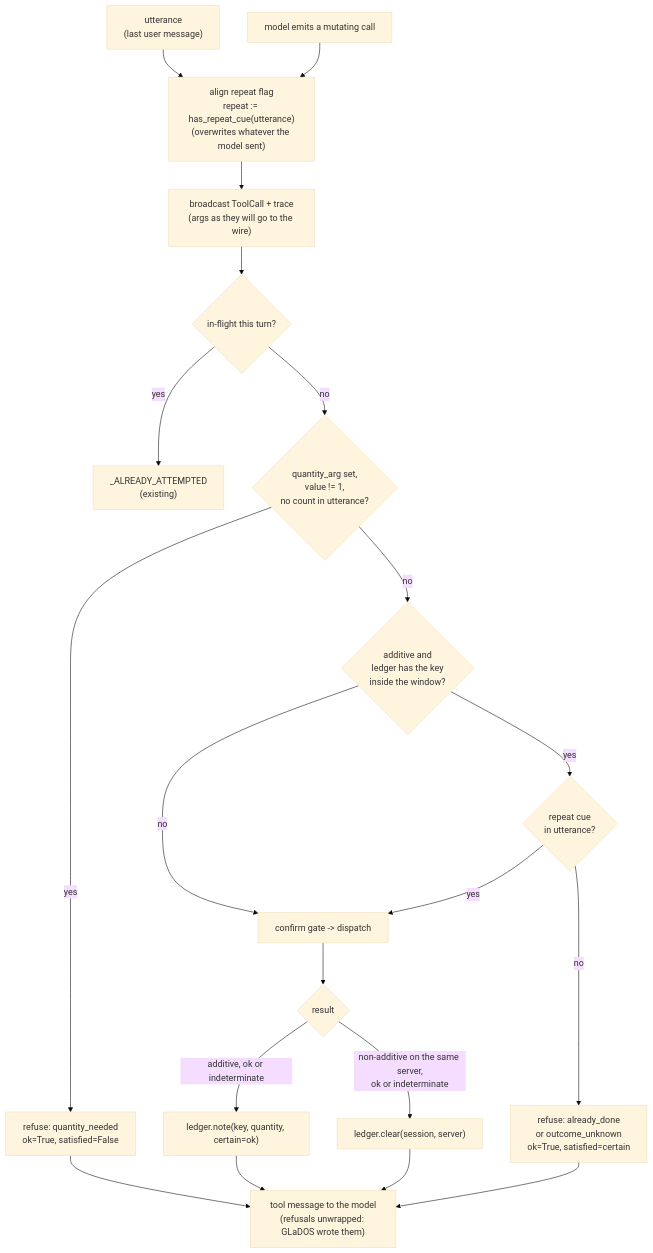
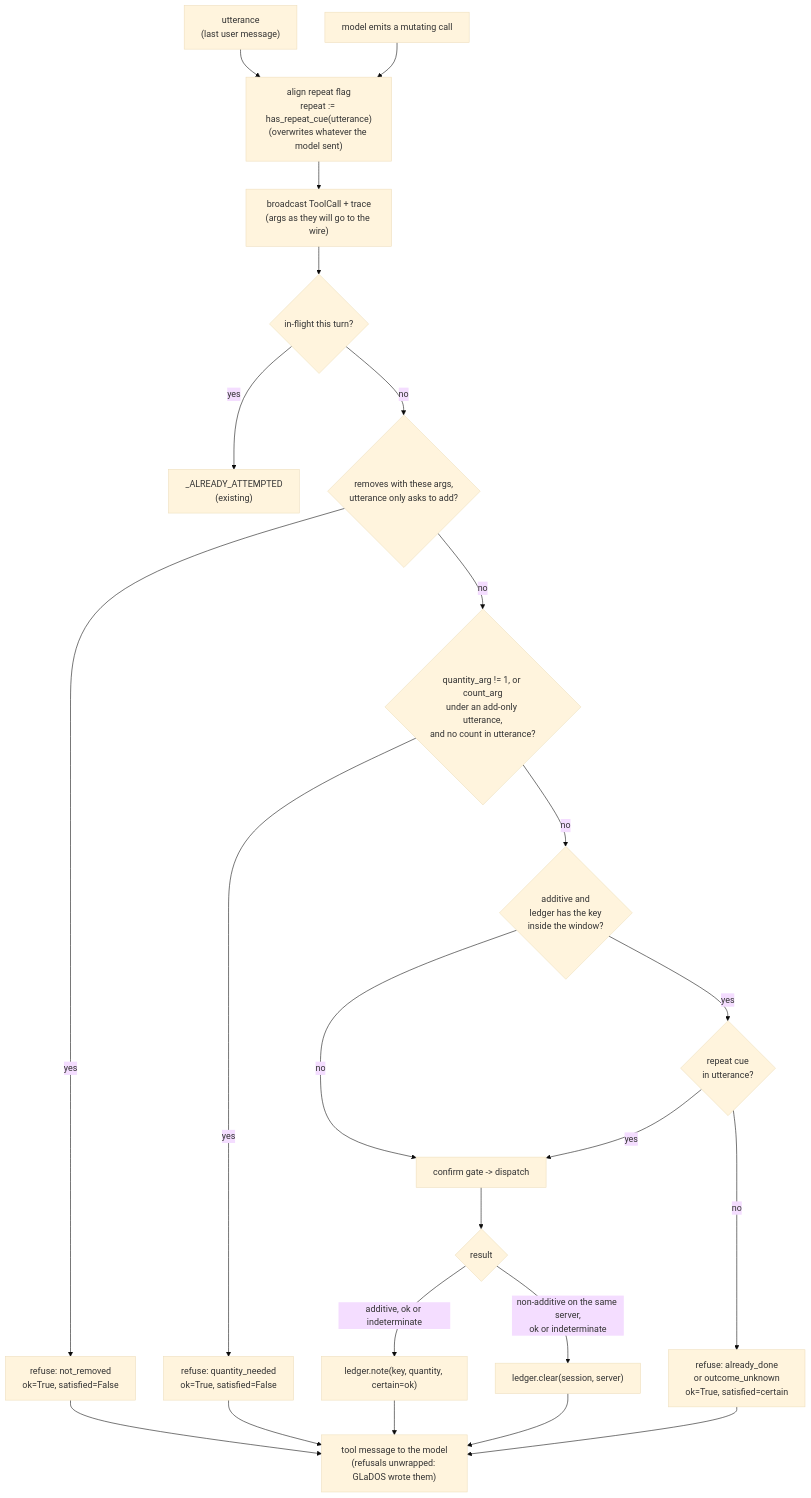
Before and after one commit to Qcko/Glados: the diagram in DESIGN-write-guards.md, drawn with Mermaid (base theme). The commit also changed other lines of this file and 7 other files, not shown here.

````diff
--- a/DESIGN-write-guards.md
+++ b/DESIGN-write-guards.md
@@ -26,24 +26,27 @@
 ```mermaid
 flowchart TD
     U["utterance<br/>(last user message)"] --> A
     M["model emits a mutating call"] --> A
     A["align repeat flag<br/>repeat := has_repeat_cue(utterance)<br/>(overwrites whatever the model sent)"]
     A --> B["broadcast ToolCall + trace<br/>(args as they will go to the wire)"]
     B --> IF{"in-flight this turn?"}
     IF -- yes --> R0["_ALREADY_ATTEMPTED<br/>(existing)"]
-    IF -- no --> G1{"quantity_arg set,<br/>value != 1,<br/>no count in utterance?"}
+    IF -- no --> G3{"removes with these args,<br/>utterance only asks to add?"}
+    G3 -- yes --> R3["refuse: not_removed<br/>ok=True, satisfied=False"]
+    G3 -- no --> G1{"quantity_arg != 1, or count_arg<br/>under an add-only utterance,<br/>and no count in utterance?"}
     G1 -- yes --> R1["refuse: quantity_needed<br/>ok=True, satisfied=False"]
     G1 -- no --> G2{"additive and<br/>ledger has the key<br/>inside the window?"}
     G2 -- no --> C["confirm gate -> dispatch"]
     G2 -- yes --> RC{"repeat cue<br/>in utterance?"}
     RC -- yes --> C
     RC -- no --> R2["refuse: already_done<br/>or outcome_unknown<br/>ok=True, satisfied=certain"]
     C --> O{"result"}
     O -- "additive, ok or indeterminate" --> L["ledger.note(key, quantity, certain=ok)"]
     O -- "non-additive on the same server,<br/>ok or indeterminate" --> X["ledger.clear(session, server)"]
     R1 --> T
     R2 --> T
+    R3 --> T
     L --> T
     X --> T
     T["tool message to the model<br/>(refusals unwrapped: GLaDOS wrote them)"]
 ```
````
